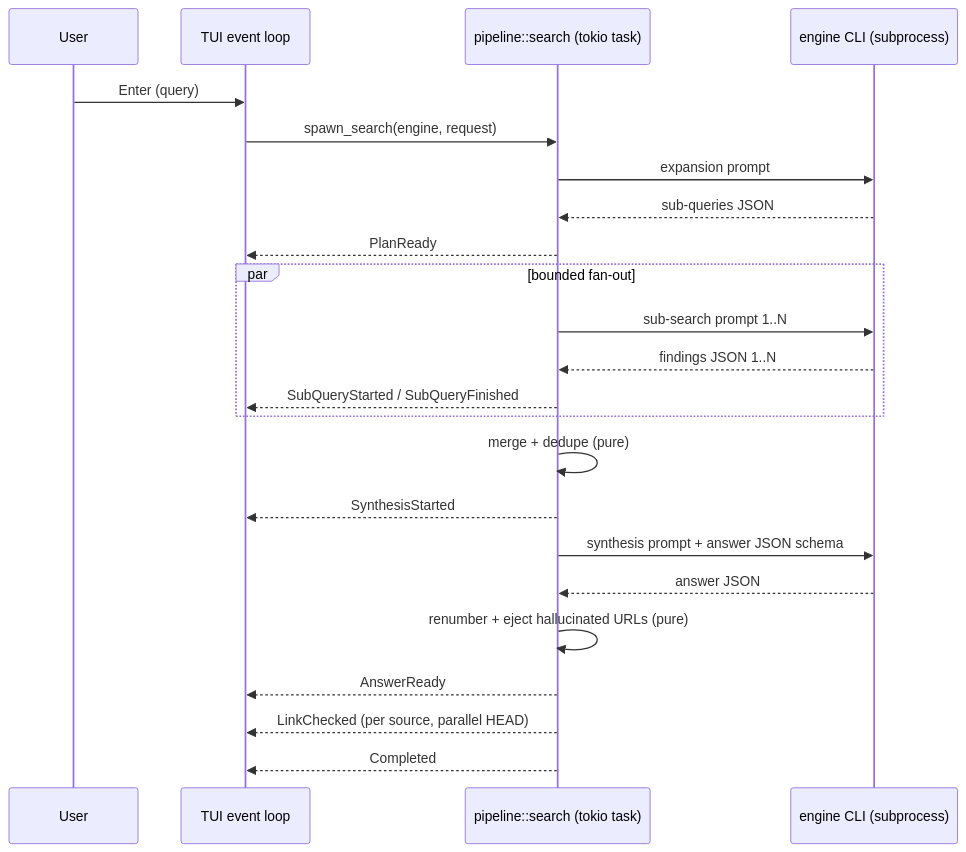
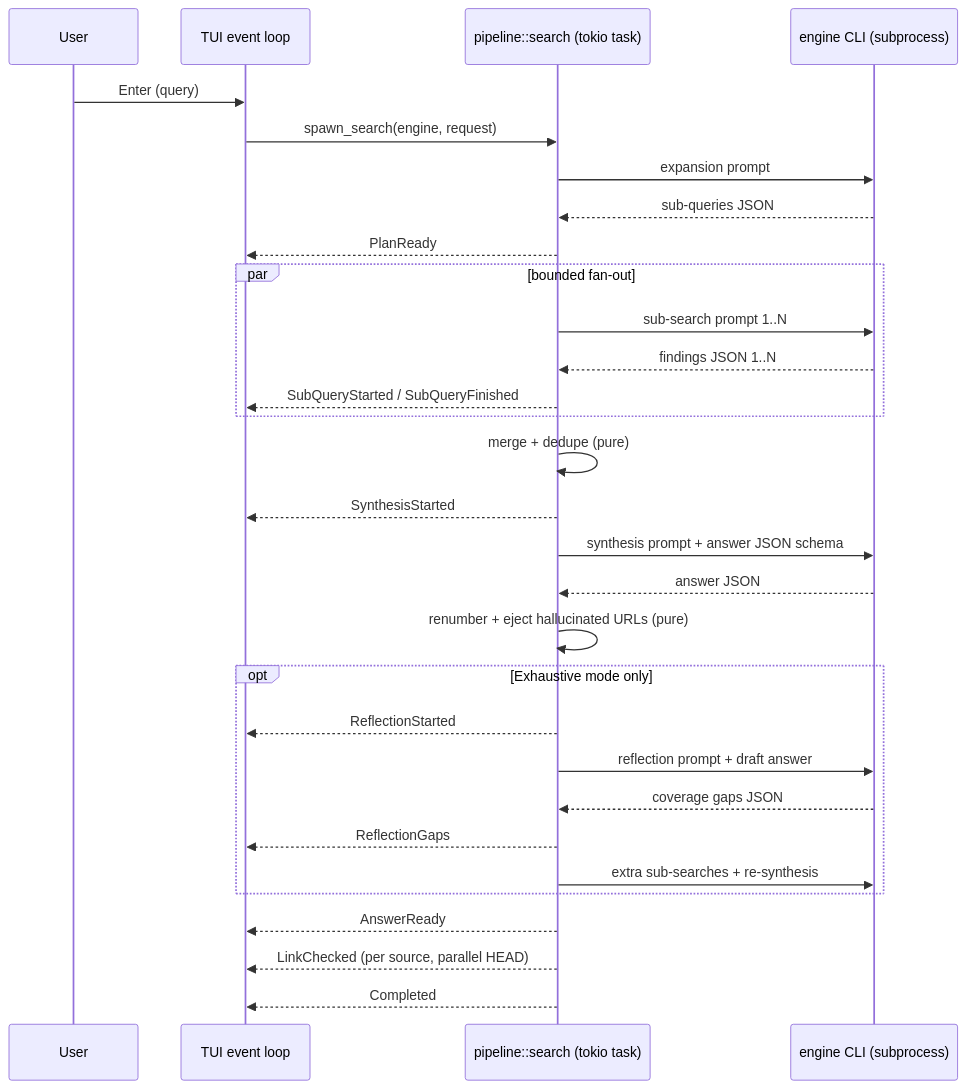
One commit to guisolski/muaddib changed the second of 2 diagrams in docs/architecture.md. Above: the diagram before and after it, drawn with Mermaid. The commit also changed other lines of this file and 21 other files, not shown here.

First line of the commit message:
feat(mode): add an Exhaustive mode that reflects on its own draft

````diff
--- a/docs/architecture.md
+++ b/docs/architecture.md
@@ -89,26 +90,33 @@
 ```mermaid
 sequenceDiagram
     participant U as User
     participant T as TUI event loop
     participant P as pipeline::search (tokio task)
     participant E as engine CLI (subprocess)
 
     U->>T: Enter (query)
     T->>P: spawn_search(engine, request)
     P->>E: expansion prompt
     E-->>P: sub-queries JSON
     P-->>T: PlanReady
     par bounded fan-out
         P->>E: sub-search prompt 1..N
         E-->>P: findings JSON 1..N
         P-->>T: SubQueryStarted / SubQueryFinished
     end
     P->>P: merge + dedupe (pure)
     P-->>T: SynthesisStarted
     P->>E: synthesis prompt + answer JSON schema
     E-->>P: answer JSON
     P->>P: renumber + eject hallucinated URLs (pure)
+    opt Exhaustive mode only
+        P-->>T: ReflectionStarted
+        P->>E: reflection prompt + draft answer
+        E-->>P: coverage gaps JSON
+        P-->>T: ReflectionGaps
+        P->>E: extra sub-searches + re-synthesis
+    end
     P-->>T: AnswerReady
     P-->>T: LinkChecked (per source, parallel HEAD)
     P-->>T: Completed
 ```
````
